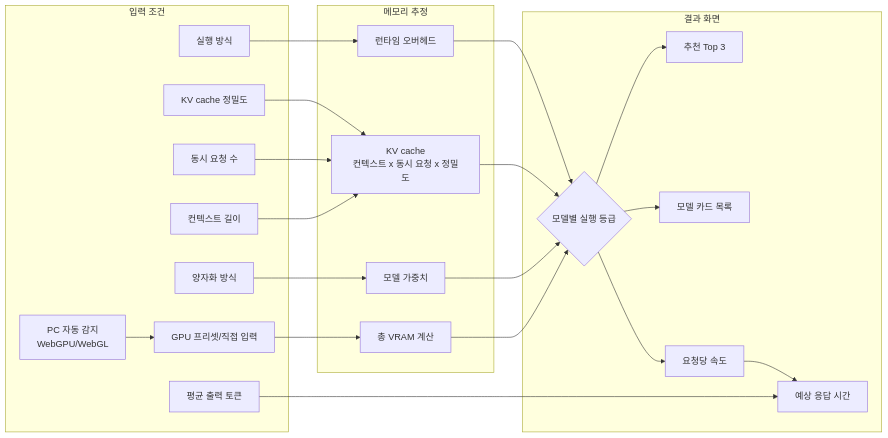
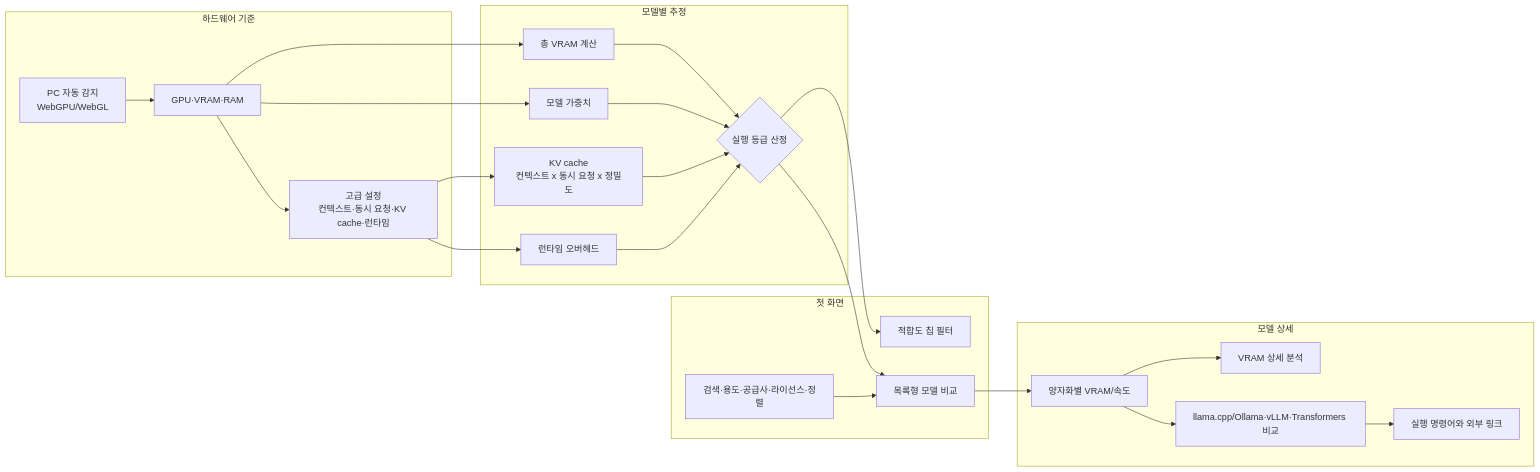
One commit to jaeseok614/llm-gpu-checker-ko changed the second of 3 diagrams in README.md. Above: the diagram before and after it, drawn with Mermaid. The commit also changed other lines of this file and 5 other files, not shown here.

````diff
--- a/README.md
+++ b/README.md
@@ -75,45 +80,47 @@
 ```mermaid
 flowchart LR
-  subgraph Input[입력 조건]
+  subgraph Hardware[하드웨어 기준]
     Q[PC 자동 감지<br/>WebGPU/WebGL]
-    A[GPU 프리셋/직접 입력]
-    B[컨텍스트 길이]
-    C[동시 요청 수]
-    D[평균 출력 토큰]
-    E[KV cache 정밀도]
-    F[양자화 방식]
-    G[실행 방식]
+    A[GPU·VRAM·RAM]
+    B[고급 설정<br/>컨텍스트·동시 요청·KV cache·런타임]
   end
 
-  subgraph Memory[메모리 추정]
+  subgraph Estimate[모델별 추정]
     H[총 VRAM 계산]
     I[모델 가중치]
     J[KV cache<br/>컨텍스트 x 동시 요청 x 정밀도]
     K[런타임 오버헤드]
+    L{실행 등급 산정}
   end
 
-  subgraph Result[결과 화면]
-    L{모델별 실행 등급}
-    M[추천 Top 3]
-    N[모델 카드 목록]
-    O[요청당 속도]
-    P[예상 응답 시간]
+  subgraph List[첫 화면]
+    M[적합도 칩 필터]
+    N[목록형 모델 비교]
+    O[검색·용도·공급사·라이선스·정렬]
+  end
+
+  subgraph Detail[모델 상세]
+    P[양자화별 VRAM/속도]
+    R[VRAM 상세 분석]
+    S[llama.cpp/Ollama·vLLM·Transformers 비교]
+    T[실행 명령어와 외부 링크]
   end
 
   Q --> A
+  A --> B
   A --> H
-  F --> I
+  A --> I
   B --> J
-  C --> J
-  E --> J
-  G --> K
-  D --> P
+  B --> K
   H --> L
   I --> L
   J --> L
   K --> L
   L --> M
   L --> N
-  L --> O
-  O --> P
+  O --> N
+  N --> P
+  P --> R
+  P --> S
+  S --> T
 ```
````
